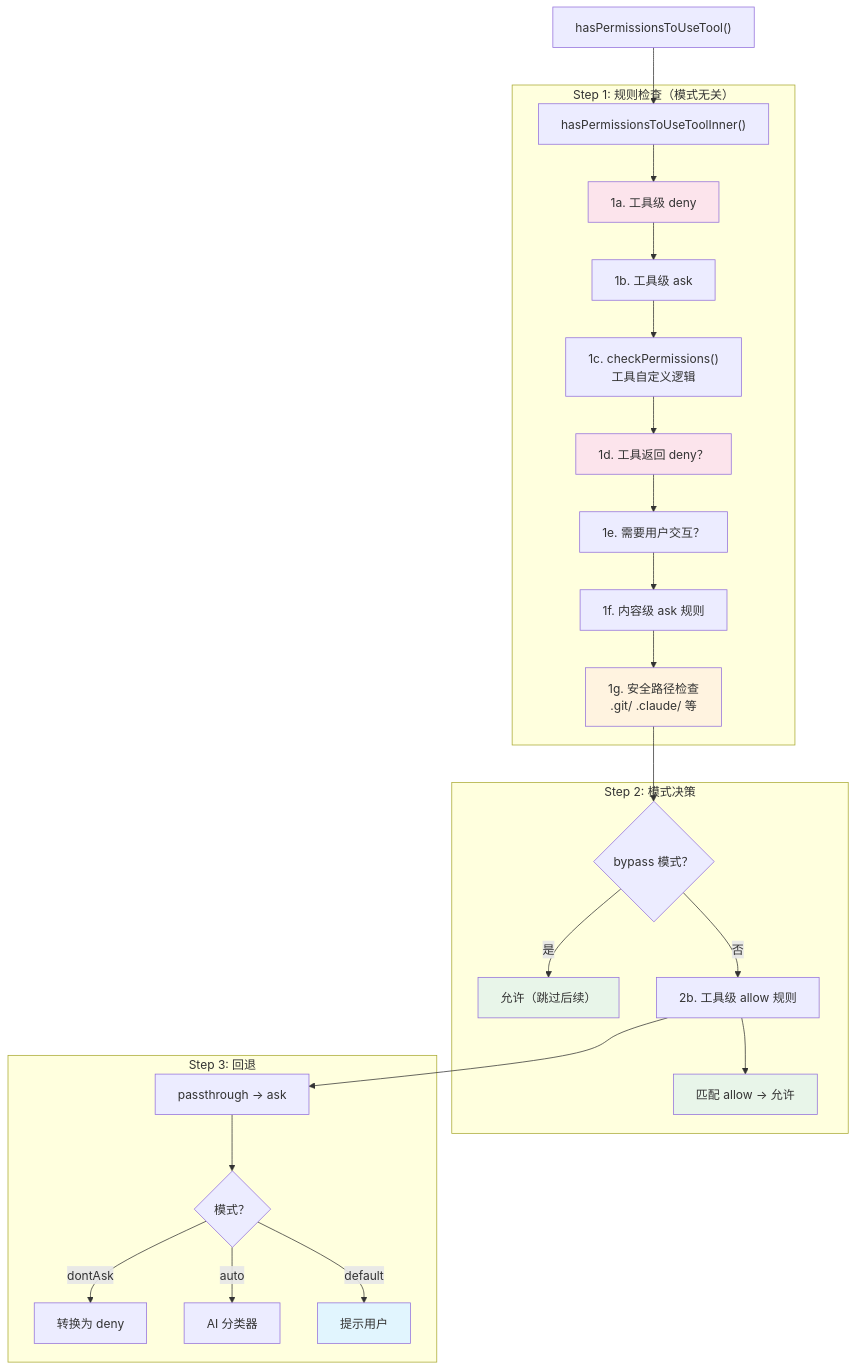
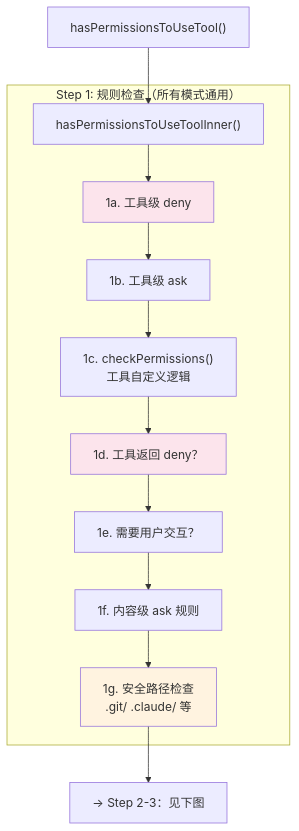
One commit to nadav-cheung/claudeai changed the second of 4 diagrams in teaching/book/volume-1-journey/ch11-permissions.md. Above: the diagram before and after it, drawn with Mermaid. The commit also changed other lines of this file, not shown here.

Commit message:
feat(teaching): ch11 拆分权限管线图为两张独立图 (11-1)

````diff
--- a/teaching/book/volume-1-journey/ch11-permissions.md
+++ b/teaching/book/volume-1-journey/ch11-permissions.md
@@ -91,36 +93,20 @@
 ```mermaid
 graph TD
     START["hasPermissionsToUseTool()"] --> INNER["hasPermissionsToUseToolInner()"]
 
-    subgraph "Step 1: 规则检查（模式无关）"
+    subgraph "Step 1: 规则检查（所有模式通用）"
         INNER --> D1["1a. 工具级 deny"]
         D1 --> A1["1b. 工具级 ask"]
         A1 --> CP["1c. checkPermissions()<br/>工具自定义逻辑"]
         CP --> D2["1d. 工具返回 deny？"]
         D2 --> UI["1e. 需要用户交互？"]
         UI --> CA["1f. 内容级 ask 规则"]
         CA --> SAFE["1g. 安全路径检查<br/>.git/ .claude/ 等"]
     end
 
-    subgraph "Step 2: 模式决策"
-        SAFE --> BYPASS{"bypass 模式？"}
-        BYPASS -->|"是"| ALLOW_BYPASS["允许（跳过后续）"]
-        BYPASS -->|"否"| TA["2b. 工具级 allow 规则"]
-        TA --> ALLOW_RULE["匹配 allow → 允许"]
-    end
-
-    subgraph "Step 3: 回退"
-        TA --> PASS["passthrough → ask"]
-        PASS --> MODE{"模式？"}
-        MODE -->|"dontAsk"| DENY["转换为 deny"]
-        MODE -->|"auto"| CLASSIFY["AI 分类器"]
-        MODE -->|"default"| PROMPT["提示用户"]
-    end
+    SAFE --> NEXT["→ Step 2-3：见下图"]
 
     style D1 fill:#fce4ec
     style D2 fill:#fce4ec
     style SAFE fill:#fff3e0
-    style ALLOW_BYPASS fill:#e8f5e9
-    style ALLOW_RULE fill:#e8f5e9
-    style PROMPT fill:#e1f5fe
 ```
````
